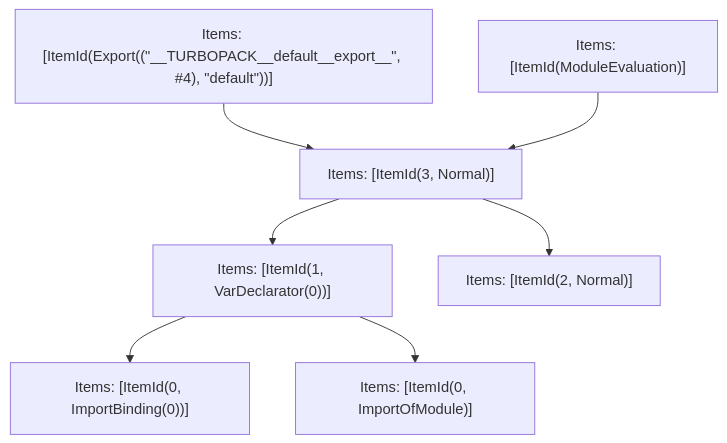
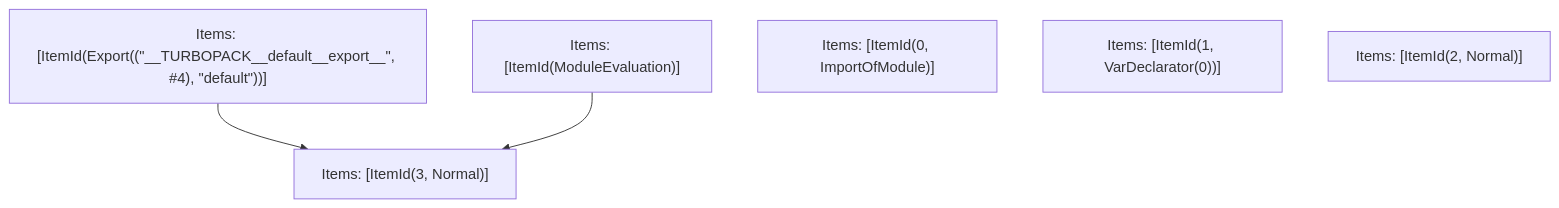
One commit to Sonar-UX-Testing-FreePlan/next.js changed the fifth of 5 diagrams in turbopack/crates/turbopack-ecmascript/tests/tree-shaker/analyzer/node-fetch/output.md. Above: the diagram before and after it, drawn with Mermaid. The commit also changed other lines of this file and 38 other files, not shown here.

````diff
--- a/turbopack/crates/turbopack-ecmascript/tests/tree-shaker/analyzer/node-fetch/output.md
+++ b/turbopack/crates/turbopack-ecmascript/tests/tree-shaker/analyzer/node-fetch/output.md
@@ -129,16 +129,11 @@
 ```mermaid
 graph TD
     N0["Items: [ItemId(ModuleEvaluation)]"];
     N1["Items: [ItemId(Export((&quot;__TURBOPACK__default__export__&quot;, #4), &quot;default&quot;))]"];
-    N2["Items: [ItemId(0, ImportOfModule)]"];
-    N3["Items: [ItemId(0, ImportBinding(0))]"];
+    N2["Items: [ItemId(3, Normal)]"];
+    N3["Items: [ItemId(0, ImportOfModule)]"];
     N4["Items: [ItemId(1, VarDeclarator(0))]"];
     N5["Items: [ItemId(2, Normal)]"];
-    N6["Items: [ItemId(3, Normal)]"];
-    N4 --> N3;
-    N4 --> N2;
-    N6 --> N5;
-    N6 --> N4;
-    N1 --> N6;
-    N0 --> N6;
+    N1 --> N2;
+    N0 --> N2;
 ```
````
